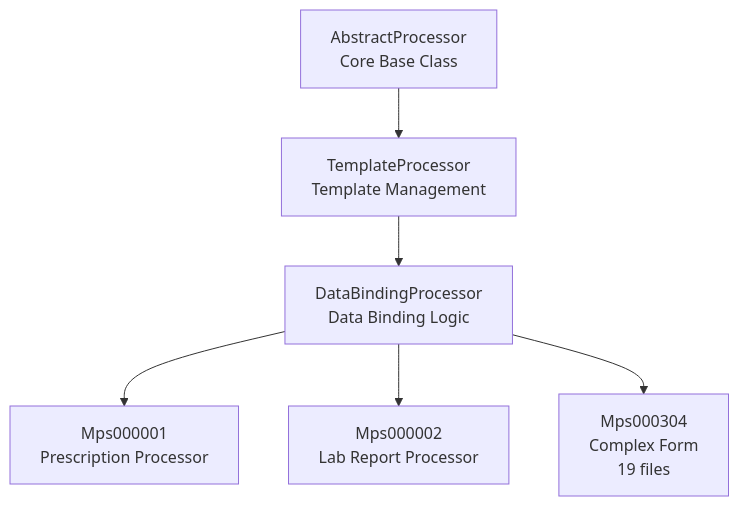
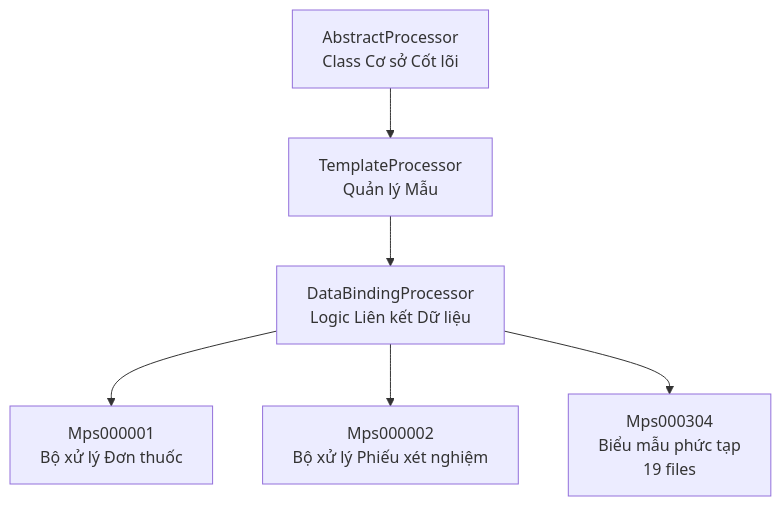
Diagram 17 of 32 in docs/his-ba-documentation/04-integrations/notifications-events.md (thangpnb/HIS), drawn with Mermaid before and after one commit. The commit also changed other lines of this file and 30 other files, not shown here.

Commit message:
Refactor architecture docs and update translations

````diff
--- a/docs/his-ba-documentation/04-integrations/notifications-events.md
+++ b/docs/his-ba-documentation/04-integrations/notifications-events.md
@@ -1327,16 +1203,16 @@
 ```mermaid
 graph TB
-    AbstractProcessor["AbstractProcessor<br/>Core Base Class"]
-    TemplateProcessor["TemplateProcessor<br/>Template Management"]
-    DataBindingProcessor["DataBindingProcessor<br/>Data Binding Logic"]
+    AbstractProcessor["AbstractProcessor<br/>Class Cơ sở Cốt lõi"]
+    TemplateProcessor["TemplateProcessor<br/>Quản lý Mẫu"]
+    DataBindingProcessor["DataBindingProcessor<br/>Logic Liên kết Dữ liệu"]
     
-    Mps000001["Mps000001<br/>Prescription Processor"]
-    Mps000002["Mps000002<br/>Lab Report Processor"]
-    Mps000304["Mps000304<br/>Complex Form<br/>19 files"]
+    Mps000001["Mps000001<br/>Bộ xử lý Đơn thuốc"]
+    Mps000002["Mps000002<br/>Bộ xử lý Phiếu xét nghiệm"]
+    Mps000304["Mps000304<br/>Biểu mẫu phức tạp<br/>19 files"]
     
     AbstractProcessor --> TemplateProcessor
     TemplateProcessor --> DataBindingProcessor
     DataBindingProcessor --> Mps000001
     DataBindingProcessor --> Mps000002
     DataBindingProcessor --> Mps000304
 ```
````
